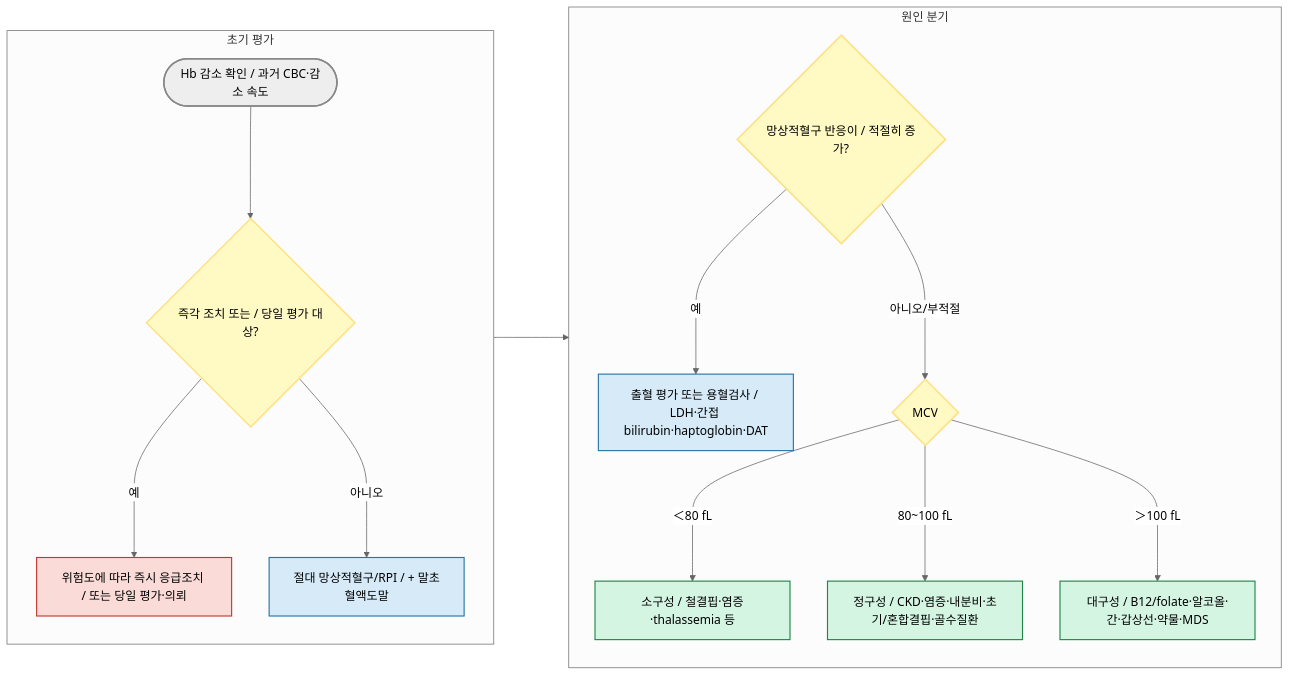
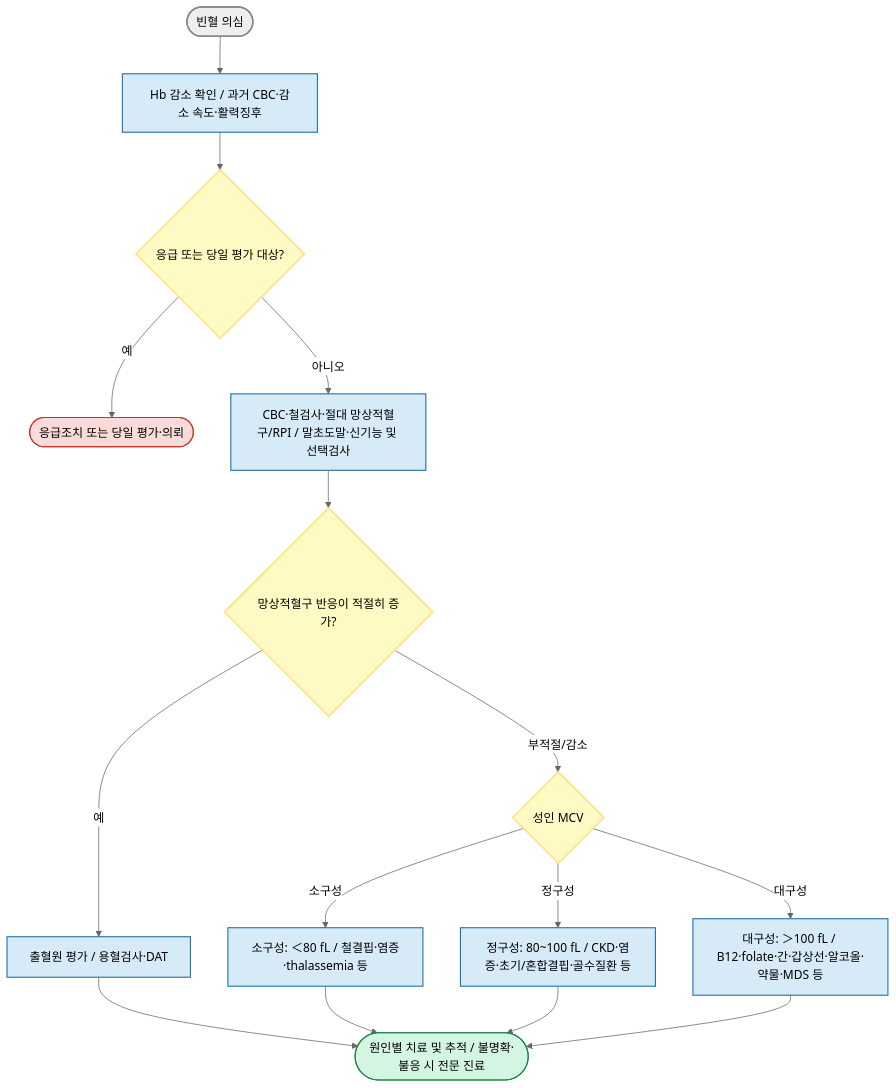
One commit to familyoh77/familyoh77 changed the diagram in 230_/192_-anemia.md. Above: the diagram before and after it, drawn with Mermaid (neutral theme). The commit also changed other lines of this file and 16 other files, not shown here.

````diff
--- a/230_/192_-anemia.md
+++ b/230_/192_-anemia.md
@@ -121,41 +155,33 @@
 ```mermaid
-flowchart LR
-    subgraph A["초기 평가"]
-        direction TB
-        S(["Hb 감소 확인 / 과거 CBC·감소 속도"])
-        R{"즉각 조치 또는 / 당일 평가 대상?"}
-        E["위험도에 따라 즉시 응급조치 / 또는 당일 평가·의뢰"]
-        T["절대 망상적혈구/RPI / + 말초혈액도말"]
-        S ---> R
-        R -- 예 ---> E
-        R -- 아니오 ---> T
-    end
-
-    subgraph B["원인 분기"]
-        direction TB
-        H{"망상적혈구 반응이 / 적절히 증가?"}
-        L["출혈 평가 또는 용혈검사 / LDH·간접 bilirubin·haptoglobin·DAT"]
-        M{"MCV"}
-        Mi["소구성 / 철결핍·염증·thalassemia 등"]
-        N["정구성 / CKD·염증·내분비·초기/혼합결핍·골수질환"]
-        Ma["대구성 / B12/folate·알코올·간·갑상선·약물·MDS"]
-        H -- 예 ---> L
-        H -- 아니오/부적절 ---> M
-        M -- ＜80 fL ---> Mi
-        M -- 80~100 fL ---> N
-        M -- ＞100 fL ---> Ma
-    end
-
-    T ---> H
-
+flowchart TB
+    S(["빈혈 의심"])
+    C["Hb 감소 확인 / 과거 CBC·감소 속도·활력징후"]
+    R{"응급 또는 당일 평가 대상?"}
+    E(["응급조치 또는 당일 평가·의뢰"])
+    T["CBC·철검사·절대 망상적혈구/RPI / 말초도말·신기능 및 선택검사"]
+    H{"망상적혈구 반응이 적절히 증가?"}
+    L["출혈원 평가 / 용혈검사·DAT"]
+    M{"성인 MCV"}
+    Mi["소구성: ＜80 fL / 철결핍·염증·thalassemia 등"]
+    N["정구성: 80~100 fL / CKD·염증·초기/혼합결핍·골수질환 등"]
+    Ma["대구성: ＞100 fL / B12·folate·간·갑상선·알코올·약물·MDS 등"]
+    F(["원인별 치료 및 추적 / 불명확·불응 시 전문 진료"])
+    S --> C --> R
+    R -- 예 --> E
+    R -- 아니오 --> T --> H
+    H -- 예 --> L --> F
+    H -- 부적절/감소 --> M
+    M -- 소구성 --> Mi --> F
+    M -- 정구성 --> N --> F
+    M -- 대구성 --> Ma --> F
     classDef start fill:#eeeeee,stroke:#888888,stroke-width:2px;
     classDef decision fill:#fff9c4,stroke:#ffe082,color:#000,stroke-width:2px;
     classDef urgent fill:#fadbd8,stroke:#c0392b,color:#000,stroke-width:1.5px;
     classDef action fill:#d6eaf8,stroke:#2874a6,color:#000,stroke-width:1.5px;
     classDef endpoint fill:#d5f5e3,stroke:#1e8449,color:#000,stroke-width:1.5px;
     class S start;
     class R,H,M decision;
     class E urgent;
-    class T,L action;
-    class Mi,N,Ma endpoint;
+    class C,T,L,Mi,N,Ma action;
+    class F endpoint;
 ```
````
